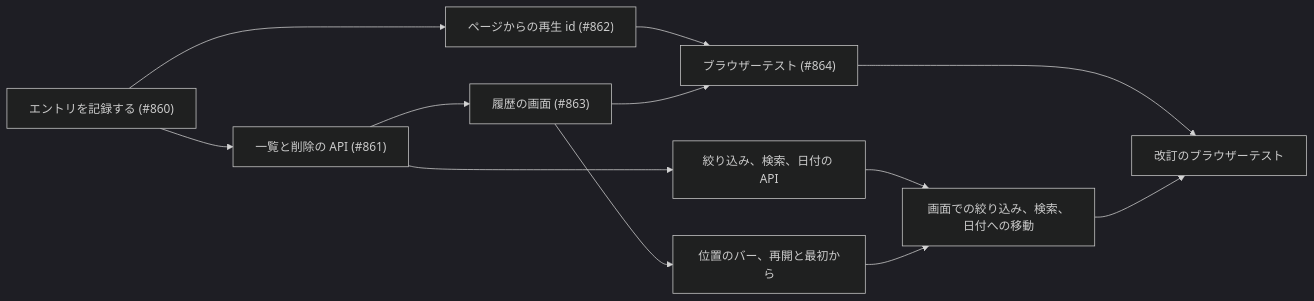
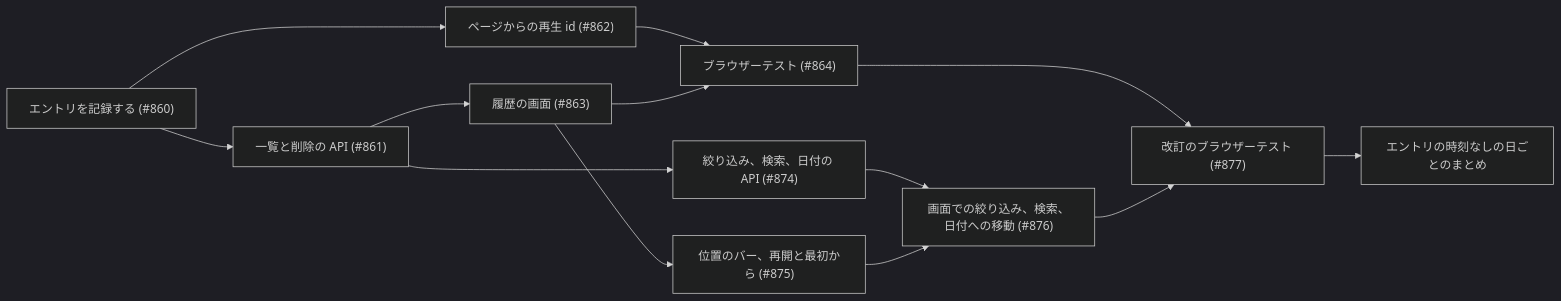
One commit to syudead/vv changed the third of 3 diagrams in translations/ja/specs/043-watch-history/plan.md. Above: the diagram before and after it, drawn with Mermaid (dark theme). The commit also changed other lines of this file and 1 other file, not shown here.

First line of the commit message:
Translate the day-grouping Plan revision (#792)

````diff
--- a/translations/ja/specs/043-watch-history/plan.md
+++ b/translations/ja/specs/043-watch-history/plan.md
@@ -136,14 +141,15 @@
 ```mermaid
 flowchart LR
   record["エントリを記録する (#860)"] --> api["一覧と削除の API (#861)"]
   record --> client["ページからの再生 id (#862)"]
   api --> screen["履歴の画面 (#863)"]
   client --> e2e["ブラウザーテスト (#864)"]
   screen --> e2e
-  api --> conditions[絞り込み、検索、日付の API]
-  screen --> position[位置のバー、再開と最初から]
-  conditions --> controls[画面での絞り込み、検索、日付への移動]
+  api --> conditions["絞り込み、検索、日付の API (#874)"]
+  screen --> position["位置のバー、再開と最初から (#875)"]
+  conditions --> controls["画面での絞り込み、検索、日付への移動 (#876)"]
   position --> controls
-  e2e --> e2e2[改訂のブラウザーテスト]
+  e2e --> e2e2["改訂のブラウザーテスト (#877)"]
   controls --> e2e2
+  e2e2 --> day[エントリの時刻なしの日ごとのまとめ]
 ```
````
